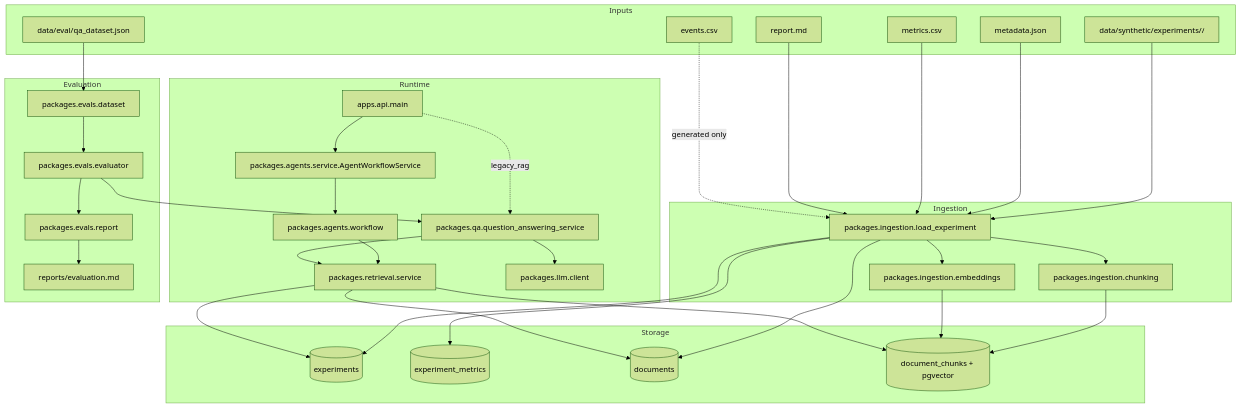
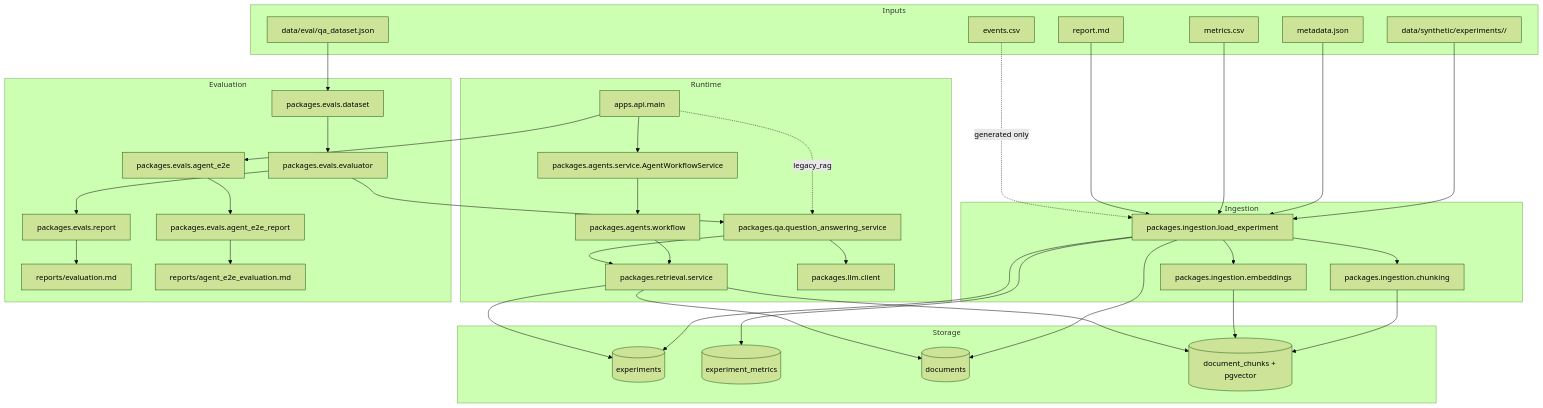
One commit to archeltaneka/ExperimentOS-AI changed the diagram in docs/architecture.md. Above: the diagram before and after it, drawn with Mermaid (forest theme). The commit also changed other lines of this file and 10 other files, not shown here.

Commit message:
[New Feature] Add end-to-end evaluation for agent workflows

````diff
--- a/docs/architecture.md
+++ b/docs/architecture.md
@@ -13,69 +13,75 @@
 ```mermaid
 flowchart TD
     subgraph Inputs
         A[data/synthetic/experiments/<experiment-id>/]
         A1[metadata.json]
         A2[metrics.csv]
         A3[report.md]
         A4[events.csv]
         B[data/eval/qa_dataset.json]
     end
 
     subgraph Ingestion
         C[packages.ingestion.load_experiment]
         D[packages.ingestion.chunking]
         E[packages.ingestion.embeddings]
     end
 
     subgraph Storage
         F[(experiments)]
         G[(experiment_metrics)]
         H[(documents)]
         I[(document_chunks + pgvector)]
     end
 
     subgraph Runtime
         J[packages.retrieval.service]
         K[packages.qa.question_answering_service]
         L[packages.llm.client]
         M[packages.agents.service.AgentWorkflowService]
         N[packages.agents.workflow]
         O[apps.api.main]
     end
 
     subgraph Evaluation
         P[packages.evals.dataset]
         Q[packages.evals.evaluator]
         R[packages.evals.report]
         S[reports/evaluation.md]
+        T[packages.evals.agent_e2e]
+        U[packages.evals.agent_e2e_report]
+        V[reports/agent_e2e_evaluation.md]
     end
 
     A --> C
     A1 --> C
     A2 --> C
     A3 --> C
     A4 -. generated only .-> C
     C --> D
     C --> E
     C --> F
     C --> G
     C --> H
     D --> I
     E --> I
 
     O --> M
     O -. legacy_rag .-> K
     M --> N
     N --> J
     K --> J
     K --> L
     J --> I
     J --> F
     J --> H
 
     B --> P
     P --> Q
     Q --> K
     Q --> R
     R --> S
+    O --> T
+    T --> U
+    U --> V
 ```
````
